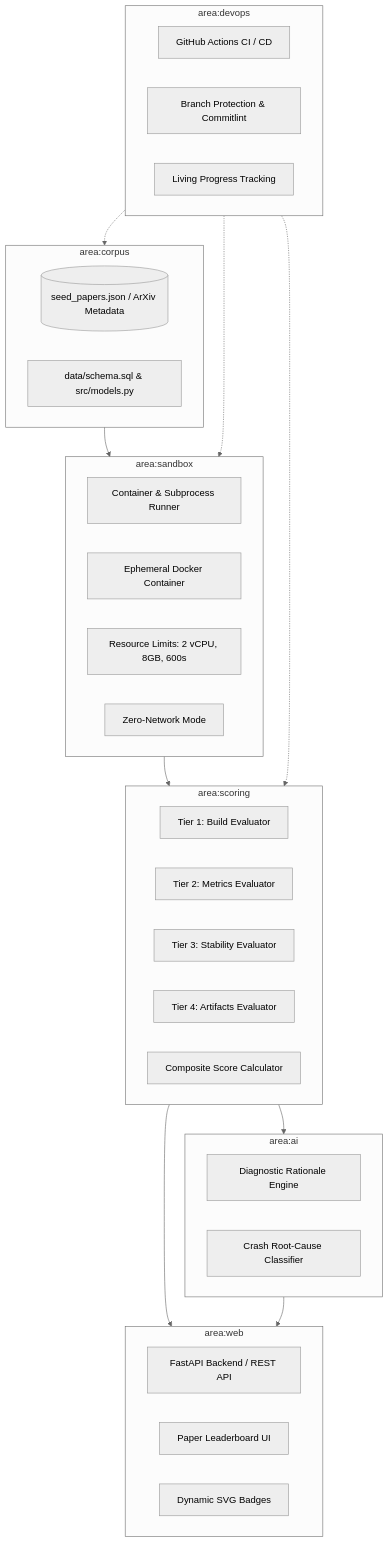
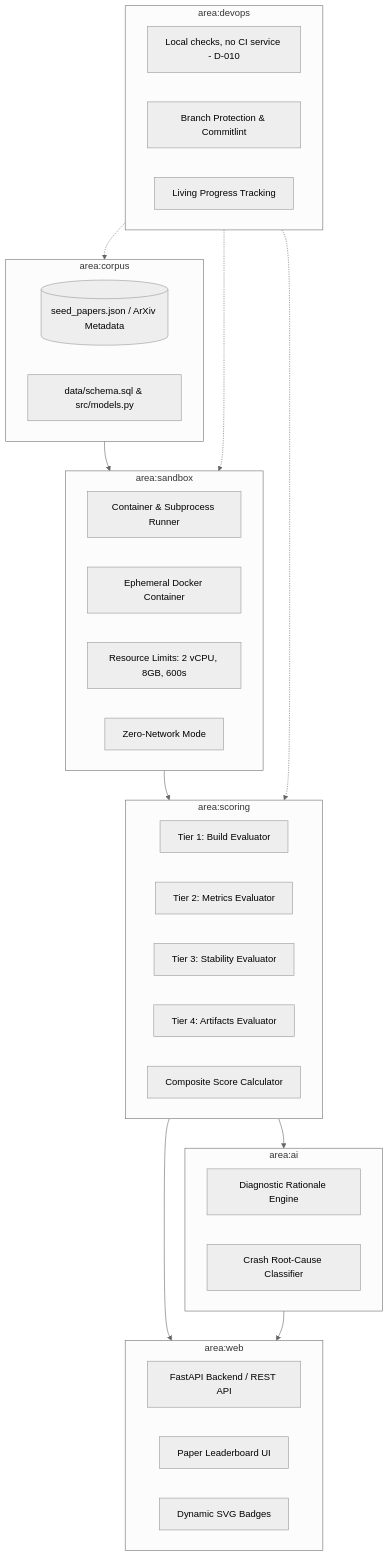
One commit to yusufkartal0009-eng/appendix_controller_for_articles changed the diagram in docs/ARCHITECTURE.md. Above: the diagram before and after it, drawn with Mermaid (neutral theme). The commit also changed other lines of this file and 4 other files, not shown here.

````diff
--- a/docs/ARCHITECTURE.md
+++ b/docs/ARCHITECTURE.md
@@ -9,48 +9,48 @@
 ```mermaid
 graph TD
     subgraph CORPUS [area:corpus]
         PAPERS[(seed_papers.json / ArXiv Metadata)]
         SCHEMA[data/schema.sql & src/models.py]
     end
 
     subgraph SANDBOX [area:sandbox]
         RUNNER[Container & Subprocess Runner]
         DOCKER[Ephemeral Docker Container]
         CGROUPS[Resource Limits: 2 vCPU, 8GB, 600s]
         NETISOL[Zero-Network Mode]
     end
 
     subgraph SCORING [area:scoring]
         T1[Tier 1: Build Evaluator]
         T2[Tier 2: Metrics Evaluator]
         T3[Tier 3: Stability Evaluator]
         T4[Tier 4: Artifacts Evaluator]
         COMPOSITE[Composite Score Calculator]
     end
 
     subgraph AI [area:ai]
         DIAG[Diagnostic Rationale Engine]
         CRASH[Crash Root-Cause Classifier]
     end
 
     subgraph WEB [area:web]
         FASTAPI[FastAPI Backend / REST API]
         LEADERBOARD[Paper Leaderboard UI]
         BADGE[Dynamic SVG Badges]
     end
 
     subgraph DEVOPS [area:devops]
-        CI[GitHub Actions CI / CD]
+        CI[Local checks, no CI service - D-010]
         RULES[Branch Protection & Commitlint]
         PROGRESS[Living Progress Tracking]
     end
 
     CORPUS --> SANDBOX
     SANDBOX --> SCORING
     SCORING --> AI
     SCORING --> WEB
     AI --> WEB
     DEVOPS -.-> CORPUS
     DEVOPS -.-> SANDBOX
     DEVOPS -.-> SCORING
 ```
````
